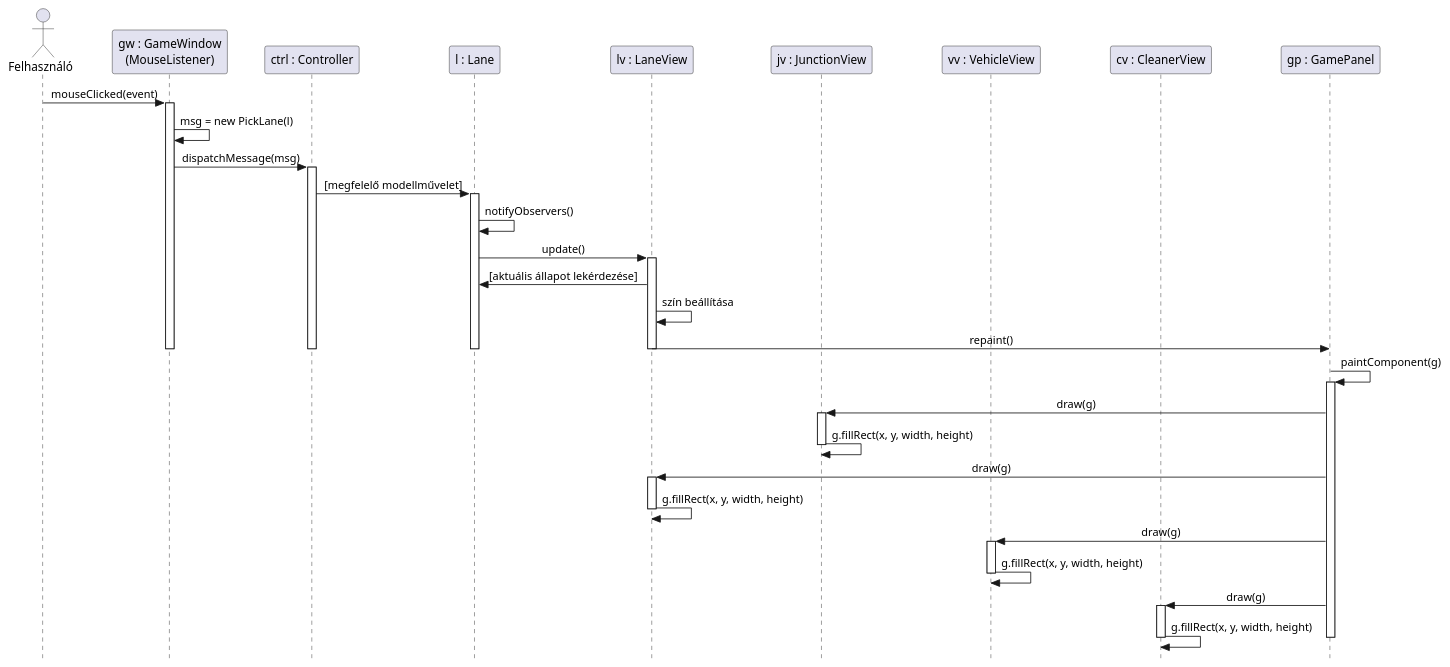
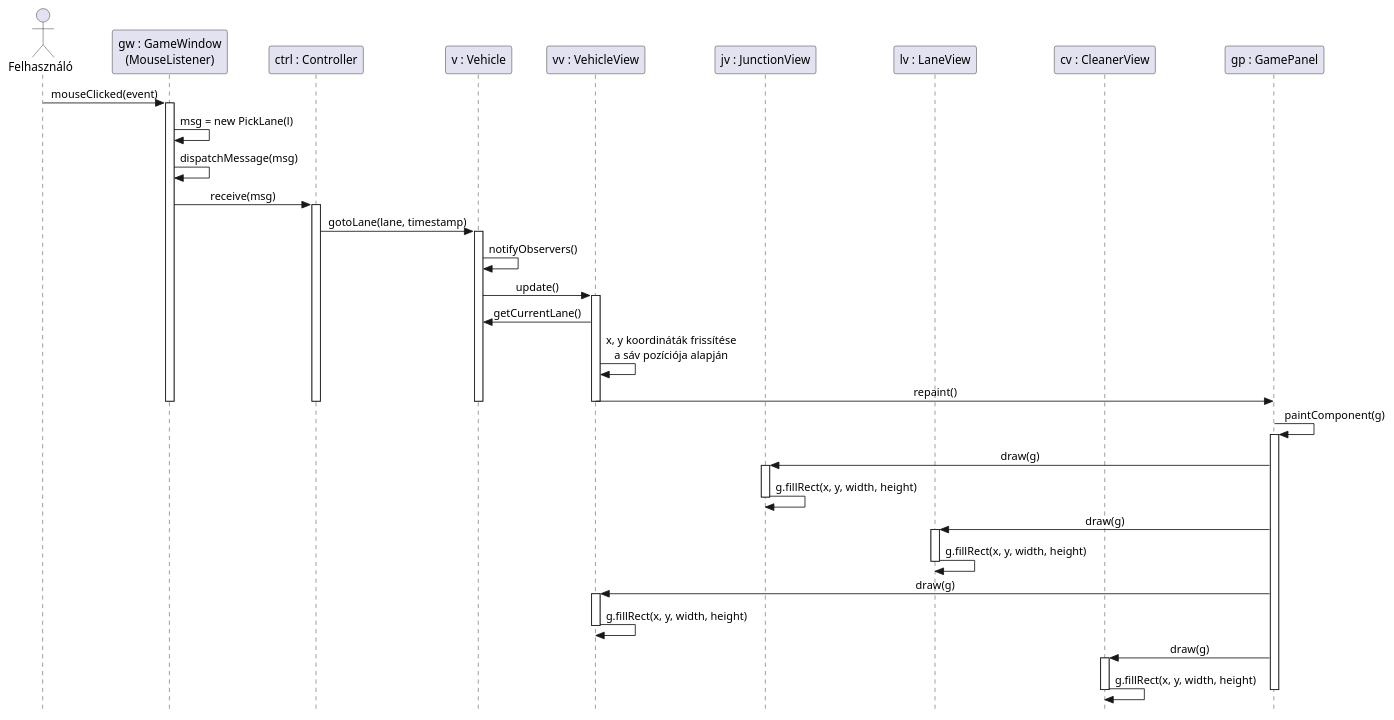
One commit to toth-andor/UneNotteANapoli changed the diagram in docs/11/diagrams/sequence/02.puml. Above: the diagram before and after it, drawn with PlantUML. The commit also changed 3 other files, not shown here.

```diff
--- a/docs/11/diagrams/sequence/02.puml
+++ b/docs/11/diagrams/sequence/02.puml
@@ -1,53 +1,54 @@
 @startuml
 ' SD-UI-02: Felhasználói interakció – sáv kiválasztása
 skinparam style strictuml
 skinparam sequenceMessageAlign center
 
 actor "Felhasználó" as User
 participant "gw : GameWindow\n(MouseListener)" as GW
 participant "ctrl : Controller" as Ctrl
-participant "l : Lane" as L
+participant "v : Vehicle" as V
+participant "vv : VehicleView" as VV
+participant "jv : JunctionView" as JV
 participant "lv : LaneView" as LV
-participant "jv : JunctionView" as JV
-participant "vv : VehicleView" as VV
 participant "cv : CleanerView" as CV
 participant "gp : GamePanel" as GP
 
 User -> GW : mouseClicked(event)
 activate GW
     GW -> GW : msg = new PickLane(l)
-    GW -> Ctrl : dispatchMessage(msg)
+    GW -> GW : dispatchMessage(msg)
+    GW -> Ctrl : receive(msg)
     activate Ctrl
-        Ctrl -> L : [megfelelő modellművelet]
-        activate L
-            L -> L : notifyObservers()
-            L -> LV : update()
-            activate LV
-                LV -> L : [aktuális állapot lekérdezése]
-                LV -> LV : szín beállítása
-                LV -> GP : repaint()
-            deactivate LV
-        deactivate L
+        Ctrl -> V : gotoLane(lane, timestamp)
+        activate V
+            V -> V : notifyObservers()
+            V -> VV : update()
+            activate VV
+                VV -> V : getCurrentLane()
+                VV -> VV : x, y koordináták frissítése\na sáv pozíciója alapján
+                VV -> GP : repaint()
+            deactivate VV
+        deactivate V
     deactivate Ctrl
 deactivate GW
 
 GP -> GP : paintComponent(g)
 activate GP
     GP -> JV : draw(g)
     activate JV
         JV -> JV : g.fillRect(x, y, width, height)
     deactivate JV
     GP -> LV : draw(g)
     activate LV
         LV -> LV : g.fillRect(x, y, width, height)
     deactivate LV
     GP -> VV : draw(g)
     activate VV
         VV -> VV : g.fillRect(x, y, width, height)
     deactivate VV
     GP -> CV : draw(g)
     activate CV
         CV -> CV : g.fillRect(x, y, width, height)
     deactivate CV
 deactivate GP
 @enduml
```
